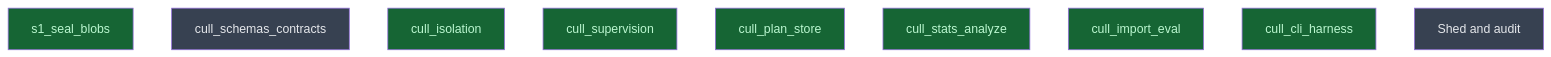
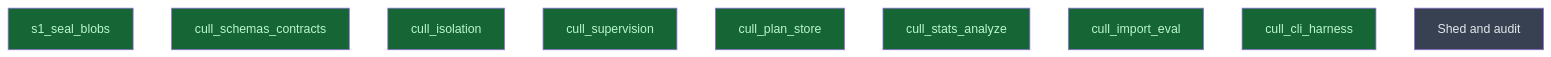
The diagram in __roadmap__/diet/README.md (CrackingShells/Candler), drawn with Mermaid before and after one commit. The commit also changed other lines of this file, not shown here.

Commit message:
rdm(api): mark cull_schemas_contracts done

````diff
--- a/__roadmap__/diet/README.md
+++ b/__roadmap__/diet/README.md
@@ -21,17 +21,17 @@
 ```mermaid
 graph TD
     s1_seal_blobs[s1_seal_blobs]:::done
-    cull_schemas_contracts[cull_schemas_contracts]:::planned
+    cull_schemas_contracts[cull_schemas_contracts]:::done
     cull_isolation[cull_isolation]:::done
     cull_supervision[cull_supervision]:::done
     cull_plan_store[cull_plan_store]:::done
     cull_stats_analyze[cull_stats_analyze]:::done
     cull_import_eval[cull_import_eval]:::done
     cull_cli_harness[cull_cli_harness]:::done
     shed[Shed and audit]:::planned
     classDef done       fill:#166534,color:#bbf7d0
     classDef inprogress fill:#854d0e,color:#fef08a
     classDef planned    fill:#374151,color:#e5e7eb
     classDef amendment  fill:#1e3a5f,color:#bfdbfe
     classDef blocked    fill:#7f1d1d,color:#fecaca
 ```
````
